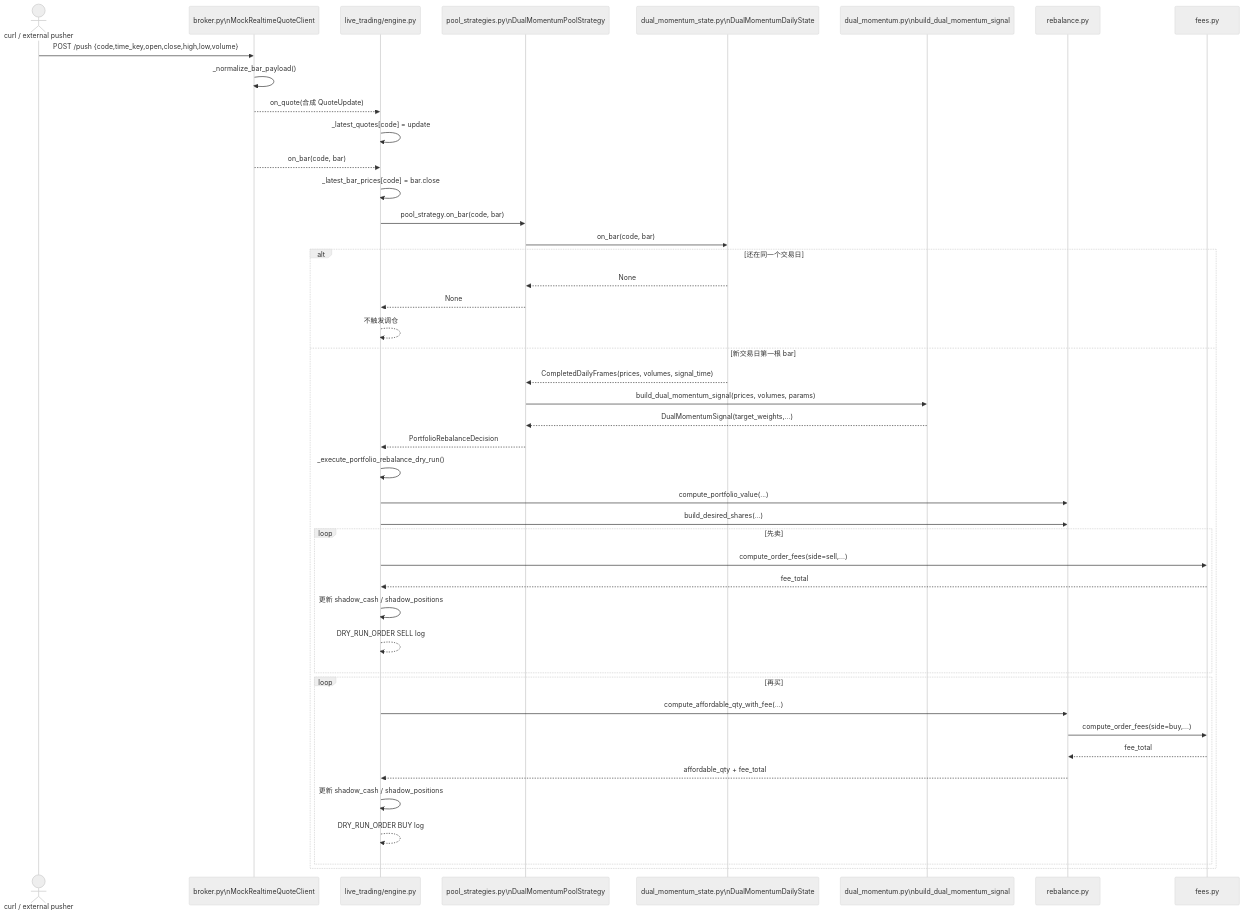
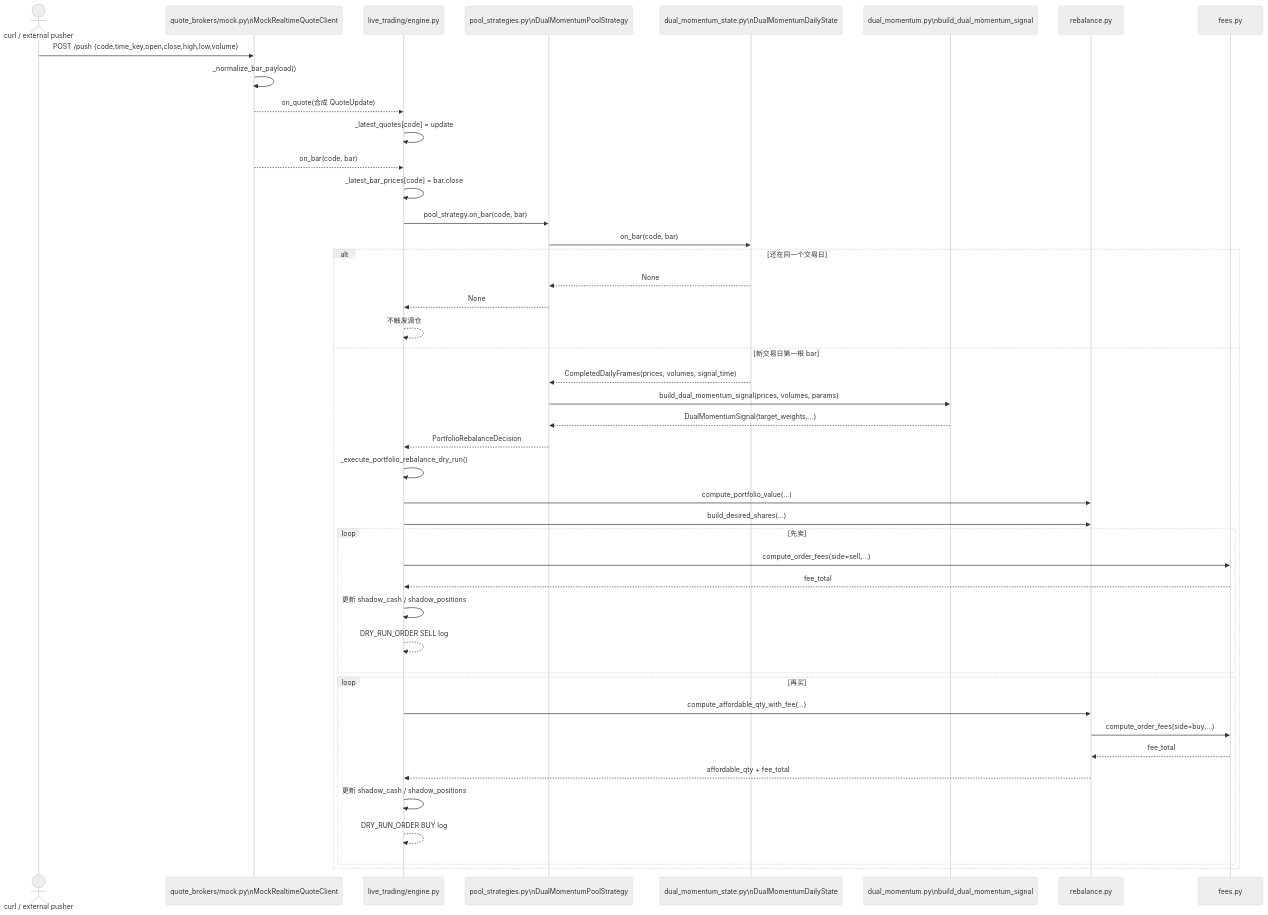
The third of 3 diagrams in docs/README_live_trading_mock_sequence.md (hangchow/backtest), drawn with Mermaid (neutral theme) before and after one commit. The commit also changed other lines of this file, not shown here.

Commit message:
Fix live trading mock sequence doc

````diff
--- a/docs/README_live_trading_mock_sequence.md
+++ b/docs/README_live_trading_mock_sequence.md
@@ -99,52 +104,52 @@
 ```mermaid
 sequenceDiagram
     actor C as curl / external pusher
-    participant QB as broker.py\nMockRealtimeQuoteClient
+    participant QB as quote_brokers/mock.py\nMockRealtimeQuoteClient
     participant ENG as live_trading/engine.py
     participant PLS as pool_strategies.py\nDualMomentumPoolStrategy
     participant STATE as dual_momentum_state.py\nDualMomentumDailyState
     participant SIG as dual_momentum.py\nbuild_dual_momentum_signal
     participant RB as rebalance.py
     participant FEE as fees.py
 
     C->>QB: POST /push {code,time_key,open,close,high,low,volume}
     QB->>QB: _normalize_bar_payload()
     QB-->>ENG: on_quote(合成 QuoteUpdate)
     ENG->>ENG: _latest_quotes[code] = update
 
     QB-->>ENG: on_bar(code, bar)
     ENG->>ENG: _latest_bar_prices[code] = bar.close
     ENG->>PLS: pool_strategy.on_bar(code, bar)
     PLS->>STATE: on_bar(code, bar)
 
     alt 还在同一个交易日
         STATE-->>PLS: None
         PLS-->>ENG: None
         ENG-->>ENG: 不触发调仓
     else 新交易日第一根 bar
         STATE-->>PLS: CompletedDailyFrames(prices, volumes, signal_time)
         PLS->>SIG: build_dual_momentum_signal(prices, volumes, params)
         SIG-->>PLS: DualMomentumSignal(target_weights,...)
         PLS-->>ENG: PortfolioRebalanceDecision
 
         ENG->>ENG: _execute_portfolio_rebalance_dry_run()
         ENG->>RB: compute_portfolio_value(...)
         ENG->>RB: build_desired_shares(...)
 
         loop 先卖
             ENG->>FEE: compute_order_fees(side=sell,...)
             FEE-->>ENG: fee_total
             ENG->>ENG: 更新 shadow_cash / shadow_positions
             ENG-->>ENG: DRY_RUN_ORDER SELL log
         end
 
         loop 再买
             ENG->>RB: compute_affordable_qty_with_fee(...)
             RB->>FEE: compute_order_fees(side=buy,...)
             FEE-->>RB: fee_total
             RB-->>ENG: affordable_qty + fee_total
             ENG->>ENG: 更新 shadow_cash / shadow_positions
             ENG-->>ENG: DRY_RUN_ORDER BUY log
         end
     end
 ```
````
